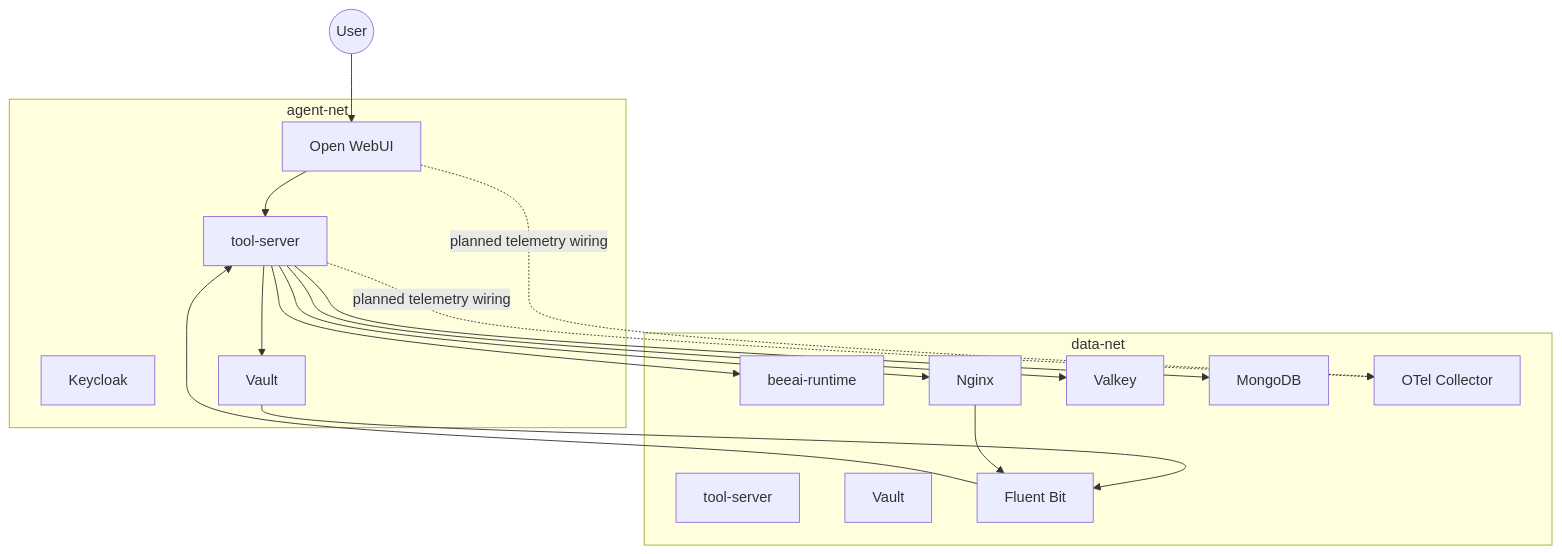
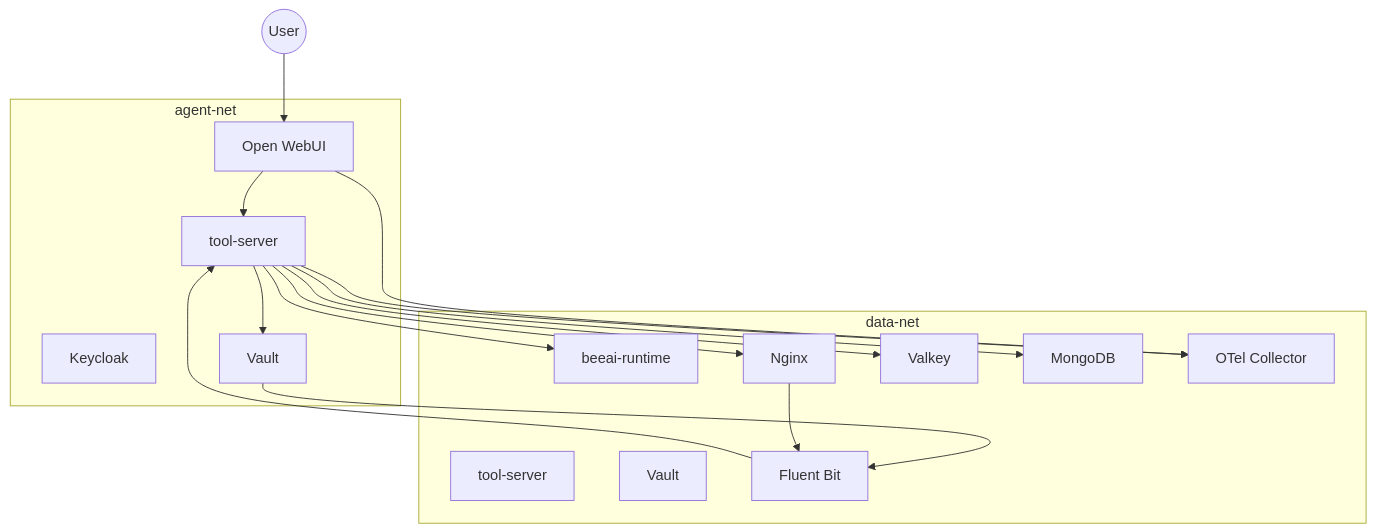
One commit to McIndi/project-garrison changed the diagram in docs/architecture.md. Above: the diagram before and after it, drawn with Mermaid. The commit also changed other lines of this file and 6 other files, not shown here.

````diff
--- a/docs/architecture.md
+++ b/docs/architecture.md
@@ -5,33 +5,33 @@
 ```mermaid
 flowchart TB
     subgraph agent-net
       OW[Open WebUI]
       TS[tool-server]
       KC[Keycloak]
       VA[Vault]
     end
 
     subgraph data-net
       TS2[tool-server]
       BR[beeai-runtime]
       VA2[Vault]
       NX[Nginx]
       FB[Fluent Bit]
       VK[Valkey]
       MG[MongoDB]
       OT[OTel Collector]
     end
 
     User((User)) --> OW
     OW --> TS
     TS --> BR
     TS --> NX
     TS --> VK
     TS --> MG
     TS --> VA
     VA --> FB
     NX --> FB
     FB --> TS
-    OW -. planned telemetry wiring .-> OT
-    TS -. planned telemetry wiring .-> OT
+    OW --> OT
+    TS --> OT
 ```
````
